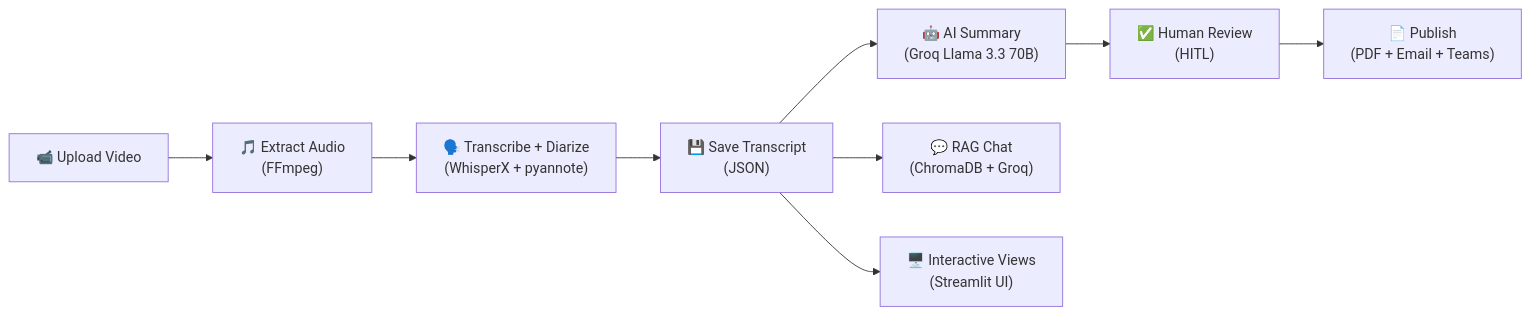
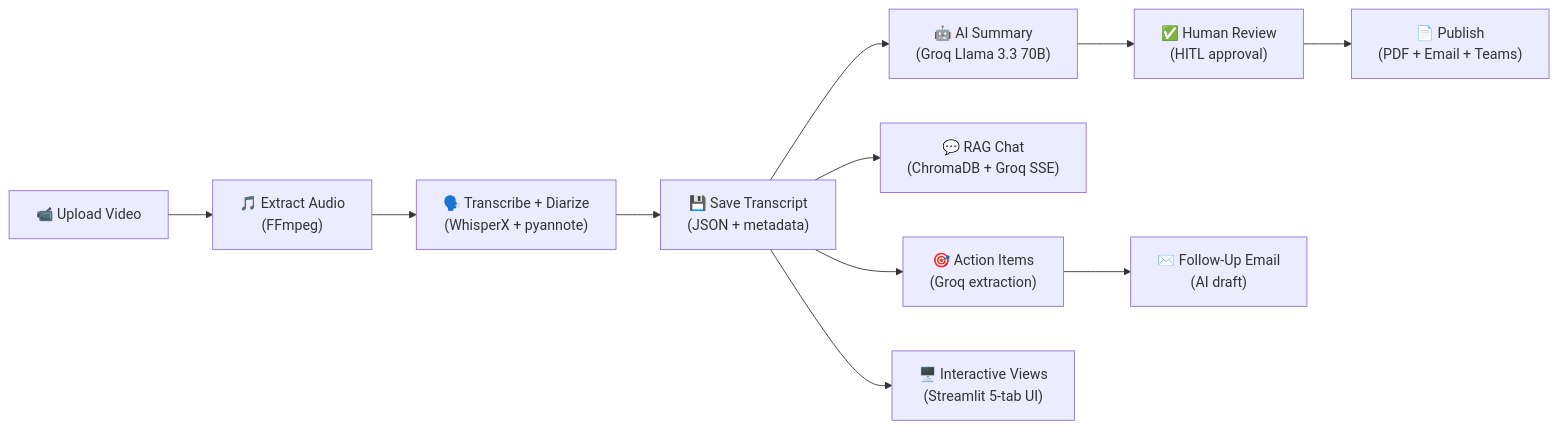
The diagram in README.md (pawanuikey06/ContextIQ), drawn with Mermaid before and after one commit. The commit also changed other lines of this file and 26 other files, not shown here.

First line of the commit message:
feat: add action items, auto title, follow-up email, SSE streaming chat, health check - 26 features total

````diff
--- a/README.md
+++ b/README.md
@@ -71,11 +141,13 @@
 ```mermaid
 flowchart LR
     A["📹 Upload Video"] --> B["🎵 Extract Audio<br/>(FFmpeg)"]
     B --> C["🗣️ Transcribe + Diarize<br/>(WhisperX + pyannote)"]
-    C --> D["💾 Save Transcript<br/>(JSON)"]
+    C --> D["💾 Save Transcript<br/>(JSON + metadata)"]
     D --> E["🤖 AI Summary<br/>(Groq Llama 3.3 70B)"]
-    D --> F["💬 RAG Chat<br/>(ChromaDB + Groq)"]
-    D --> G["🖥️ Interactive Views<br/>(Streamlit UI)"]
-    E --> H["✅ Human Review<br/>(HITL)"]
-    H --> I["📄 Publish<br/>(PDF + Email + Teams)"]
+    D --> F["💬 RAG Chat<br/>(ChromaDB + Groq SSE)"]
+    D --> G["🎯 Action Items<br/>(Groq extraction)"]
+    D --> H["🖥️ Interactive Views<br/>(Streamlit 5-tab UI)"]
+    E --> I["✅ Human Review<br/>(HITL approval)"]
+    G --> J["✉️ Follow-Up Email<br/>(AI draft)"]
+    I --> K["📄 Publish<br/>(PDF + Email + Teams)"]
 ```
````
